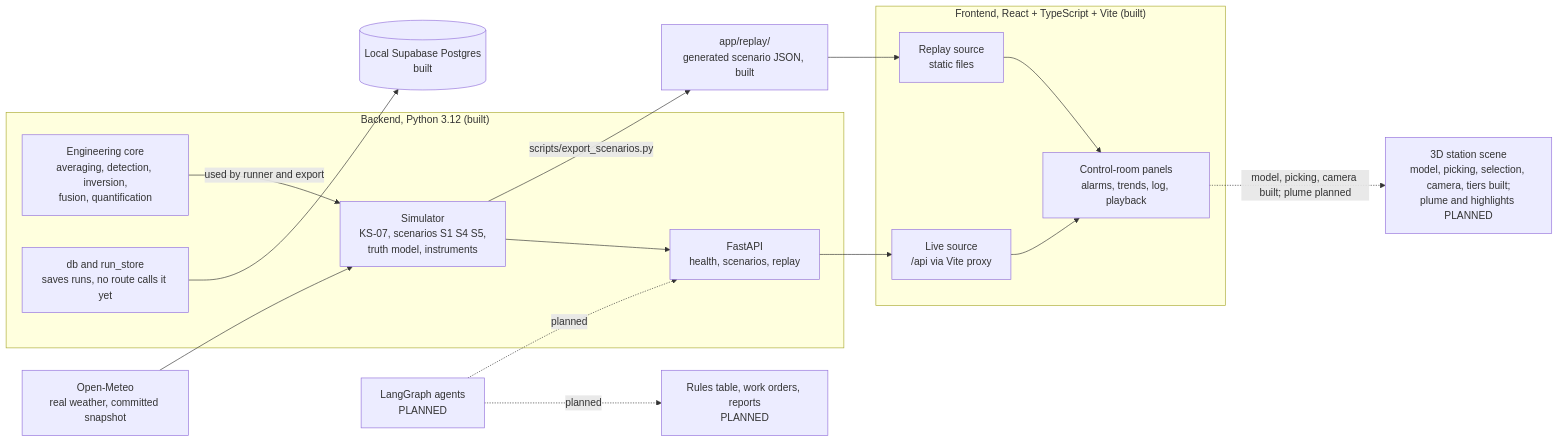
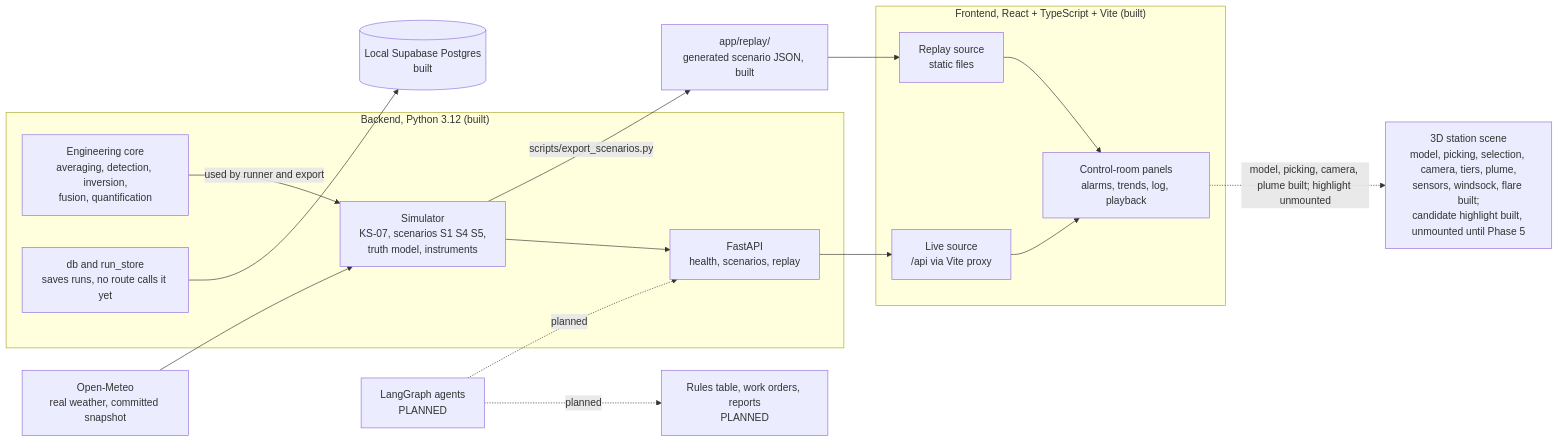
One commit to Nagdy8888/PlumeTrace changed the diagram in docs/README.md. Above: the diagram before and after it, drawn with Mermaid. The commit also changed other lines of this file and 47 other files, not shown here.

First line of the commit message:
feat(3d): add plume particles, heat-map, sensors, windsock and flare

````diff
--- a/docs/README.md
+++ b/docs/README.md
@@ -8,32 +8,32 @@
 ```mermaid
 flowchart LR
     OM["Open-Meteo<br/>real weather, committed snapshot"]
     subgraph BE["Backend, Python 3.12 (built)"]
         SIM["Simulator<br/>KS-07, scenarios S1 S4 S5,<br/>truth model, instruments"]
         ENG["Engineering core<br/>averaging, detection, inversion,<br/>fusion, quantification"]
         API["FastAPI<br/>health, scenarios, replay"]
         STORE["db and run_store<br/>saves runs, no route calls it yet"]
     end
     PG[("Local Supabase Postgres<br/>built")]
     RP["app/replay/<br/>generated scenario JSON, built"]
     subgraph FE["Frontend, React + TypeScript + Vite (built)"]
         LIVE["Live source<br/>/api via Vite proxy"]
         REPL["Replay source<br/>static files"]
         UI["Control-room panels<br/>alarms, trends, log, playback"]
     end
     AG["LangGraph agents<br/>PLANNED"]
-    TD["3D station scene<br/>model, picking, selection, camera, tiers built;<br/>plume and highlights PLANNED"]
+    TD["3D station scene<br/>model, picking, selection, camera, tiers, plume,<br/>sensors, windsock, flare built;<br/>candidate highlight built, unmounted until Phase 5"]
     RR["Rules table, work orders, reports<br/>PLANNED"]
     OM --> SIM
     ENG -->|"used by runner and export"| SIM
     SIM --> API
     API --> LIVE
     SIM -->|"scripts/export_scenarios.py"| RP
     RP --> REPL
     LIVE --> UI
     REPL --> UI
     STORE --> PG
     AG -.->|planned| API
     AG -.->|planned| RR
-    UI -.->|"model, picking, camera built; plume planned"| TD
+    UI -.->|"model, picking, camera, plume built; highlight unmounted"| TD
 ```
````
